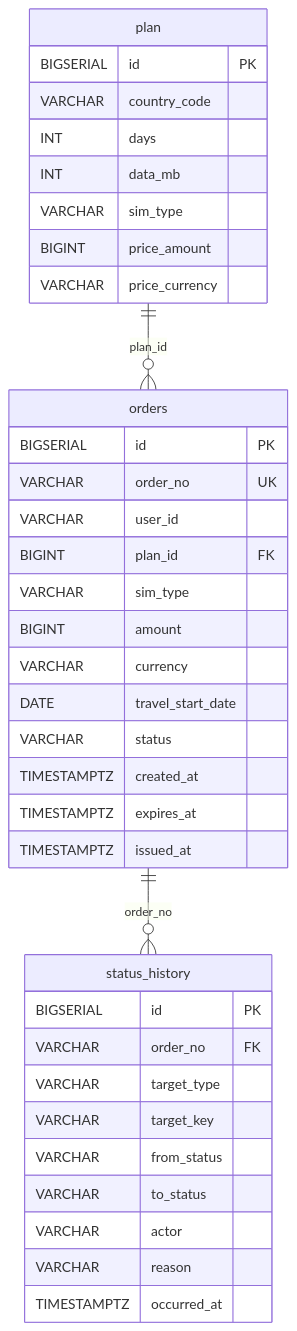
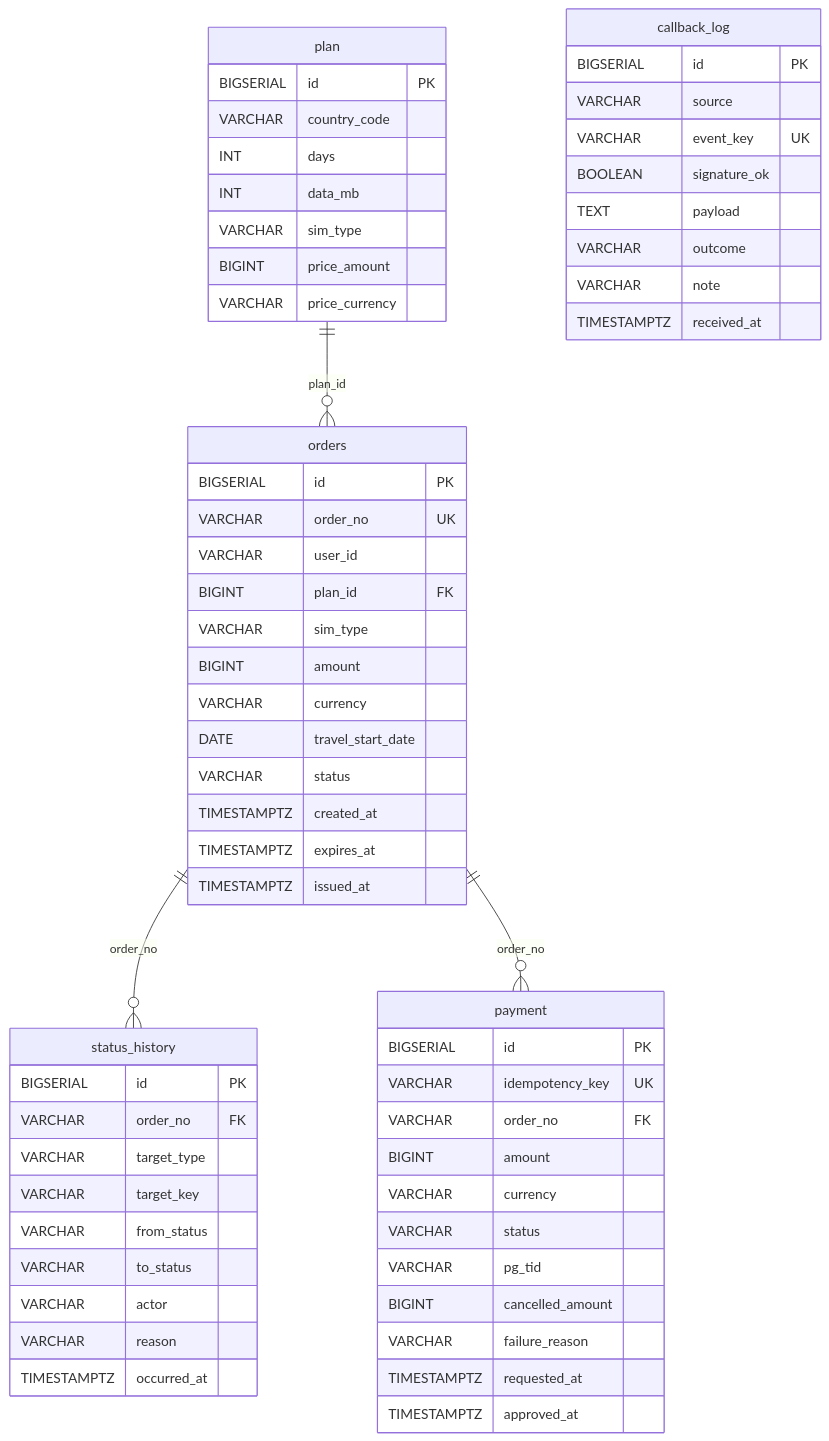
Before and after one commit to Voyager003/ROAMPASS_SERVER: the fifth of 5 diagrams in README.md, drawn with Mermaid. The commit also changed other lines of this file and 2 other files, not shown here.

Commit message:
docs: P3 문서 정리 — 중복 처리·트랜잭션 경계 답변, PG 장애 주입 시연 방법, 결제·수신 기록 ERD, 결정 #70~#80

````diff
--- a/README.md
+++ b/README.md
@@ -269,39 +371,63 @@
 ```mermaid
 erDiagram
     plan ||--o{ orders : "plan_id"
     orders ||--o{ status_history : "order_no"
+    orders ||--o{ payment : "order_no"
     plan {
         BIGSERIAL id PK
         VARCHAR country_code
         INT days
         INT data_mb
         VARCHAR sim_type
         BIGINT price_amount
         VARCHAR price_currency
     }
     orders {
         BIGSERIAL id PK
         VARCHAR order_no UK
         VARCHAR user_id
         BIGINT plan_id FK
         VARCHAR sim_type
         BIGINT amount
         VARCHAR currency
         DATE travel_start_date
         VARCHAR status
         TIMESTAMPTZ created_at
         TIMESTAMPTZ expires_at
         TIMESTAMPTZ issued_at
     }
     status_history {
         BIGSERIAL id PK
         VARCHAR order_no FK
         VARCHAR target_type
         VARCHAR target_key
         VARCHAR from_status
         VARCHAR to_status
         VARCHAR actor
         VARCHAR reason
         TIMESTAMPTZ occurred_at
     }
+    payment {
+        BIGSERIAL id PK
+        VARCHAR idempotency_key UK
+        VARCHAR order_no FK
+        BIGINT amount
+        VARCHAR currency
+        VARCHAR status
+        VARCHAR pg_tid
+        BIGINT cancelled_amount
+        VARCHAR failure_reason
+        TIMESTAMPTZ requested_at
+        TIMESTAMPTZ approved_at
+    }
+    callback_log {
+        BIGSERIAL id PK
+        VARCHAR source
+        VARCHAR event_key UK
+        BOOLEAN signature_ok
+        TEXT payload
+        VARCHAR outcome
+        VARCHAR note
+        TIMESTAMPTZ received_at
+    }
 ```
````
